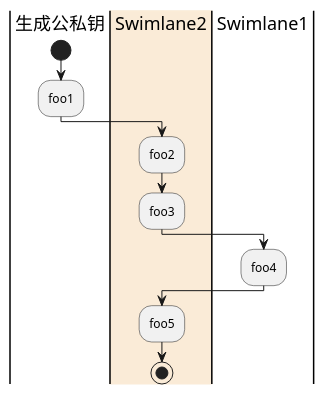
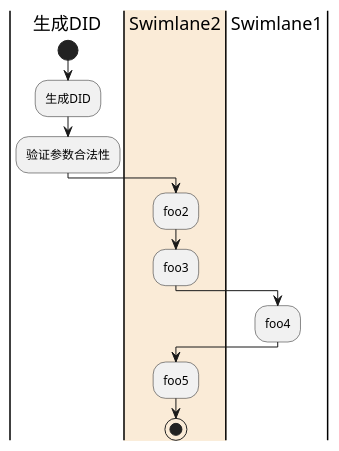
Before and after one commit to evildoerX/did-doc: the fourth of 4 diagrams in docs/protocol/design/README.md, drawn with PlantUML. The commit also changed other lines of this file, not shown here.

```diff
--- a/docs/protocol/design/README.md
+++ b/docs/protocol/design/README.md
@@ -126,13 +140,14 @@
 @startuml
-|生成公私钥|
+|生成DID|
 start
-:foo1;
+:生成DID;
+:验证参数合法性;
 |#AntiqueWhite|Swimlane2|
 :foo2;
 :foo3;
 |Swimlane1|
 :foo4;
 |Swimlane2|
 :foo5;
 stop
 @enduml
```
